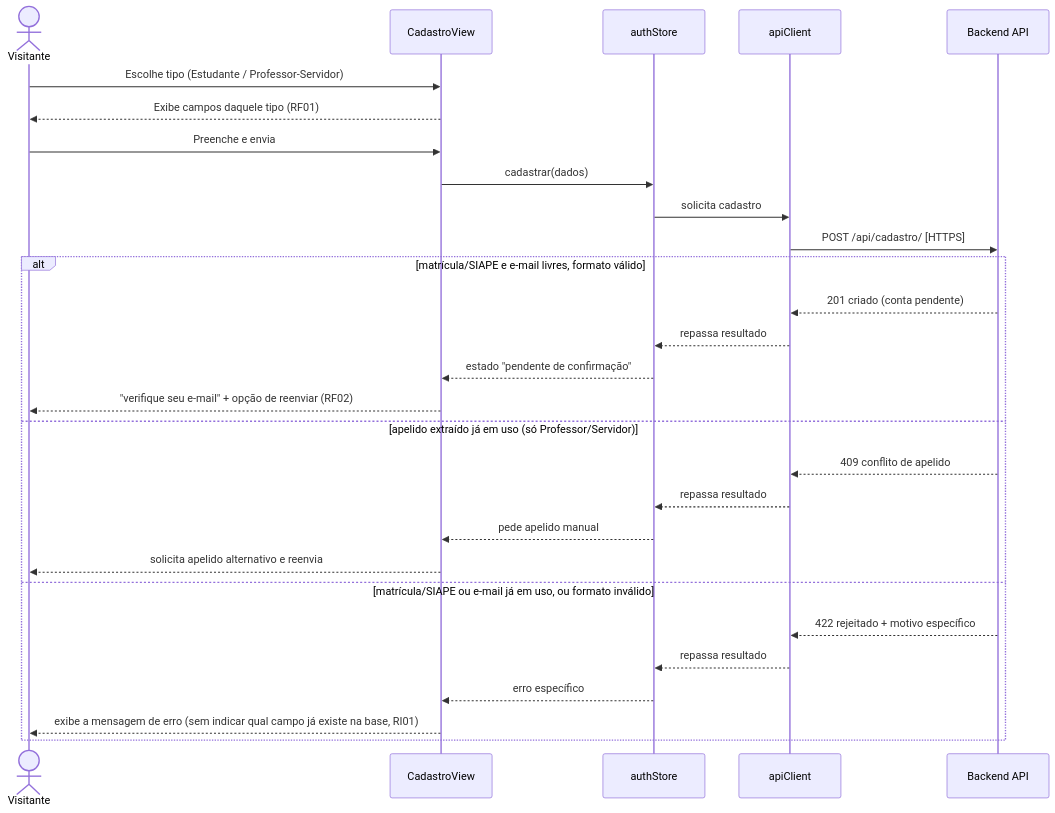
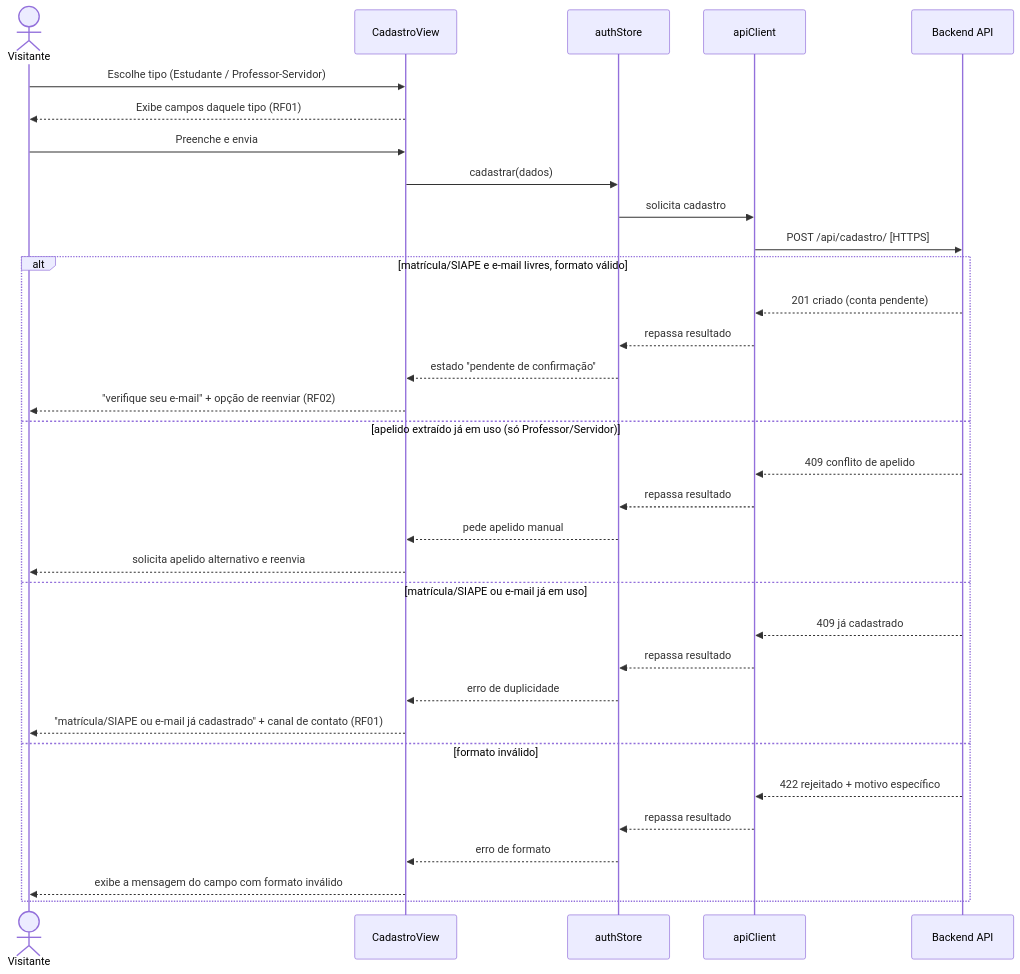
Before and after one commit to unb-mds/2026-2-Bandejao-UnB: the fifth of 6 diagrams in docs/arquitetura/front-end/c4-niveis-3-4-frontend-bandejao.md, drawn with Mermaid. The commit also changed other lines of this file, not shown here.

Commit message:
docs: atualiza o C4 do frontend com o estado real da Release 1 e as decisões de sessão e contrato

````diff
--- a/docs/arquitetura/front-end/c4-niveis-3-4-frontend-bandejao.md
+++ b/docs/arquitetura/front-end/c4-niveis-3-4-frontend-bandejao.md
@@ -393,31 +416,36 @@
 ```mermaid
 sequenceDiagram
   actor V as Visitante
   participant CV as CadastroView
   participant AS as authStore
   participant AC as apiClient
   participant BE as Backend API
 
   V->>CV: Escolhe tipo (Estudante / Professor-Servidor)
   CV-->>V: Exibe campos daquele tipo (RF01)
   V->>CV: Preenche e envia
   CV->>AS: cadastrar(dados)
   AS->>AC: solicita cadastro
   AC->>BE: POST /api/cadastro/ [HTTPS]
   alt matrícula/SIAPE e e-mail livres, formato válido
     BE-->>AC: 201 criado (conta pendente)
     AC-->>AS: repassa resultado
     AS-->>CV: estado "pendente de confirmação"
     CV-->>V: "verifique seu e-mail" + opção de reenviar (RF02)
   else apelido extraído já em uso (só Professor/Servidor)
     BE-->>AC: 409 conflito de apelido
     AC-->>AS: repassa resultado
     AS-->>CV: pede apelido manual
     CV-->>V: solicita apelido alternativo e reenvia
-  else matrícula/SIAPE ou e-mail já em uso, ou formato inválido
+  else matrícula/SIAPE ou e-mail já em uso
+    BE-->>AC: 409 já cadastrado
+    AC-->>AS: repassa resultado
+    AS-->>CV: erro de duplicidade
+    CV-->>V: "matrícula/SIAPE ou e-mail já cadastrado" + canal de contato (RF01)
+  else formato inválido
     BE-->>AC: 422 rejeitado + motivo específico
     AC-->>AS: repassa resultado
-    AS-->>CV: erro específico
-    CV-->>V: exibe a mensagem de erro (sem indicar qual campo já existe na base, RI01)
+    AS-->>CV: erro de formato
+    CV-->>V: exibe a mensagem do campo com formato inválido
   end
 ```
````
